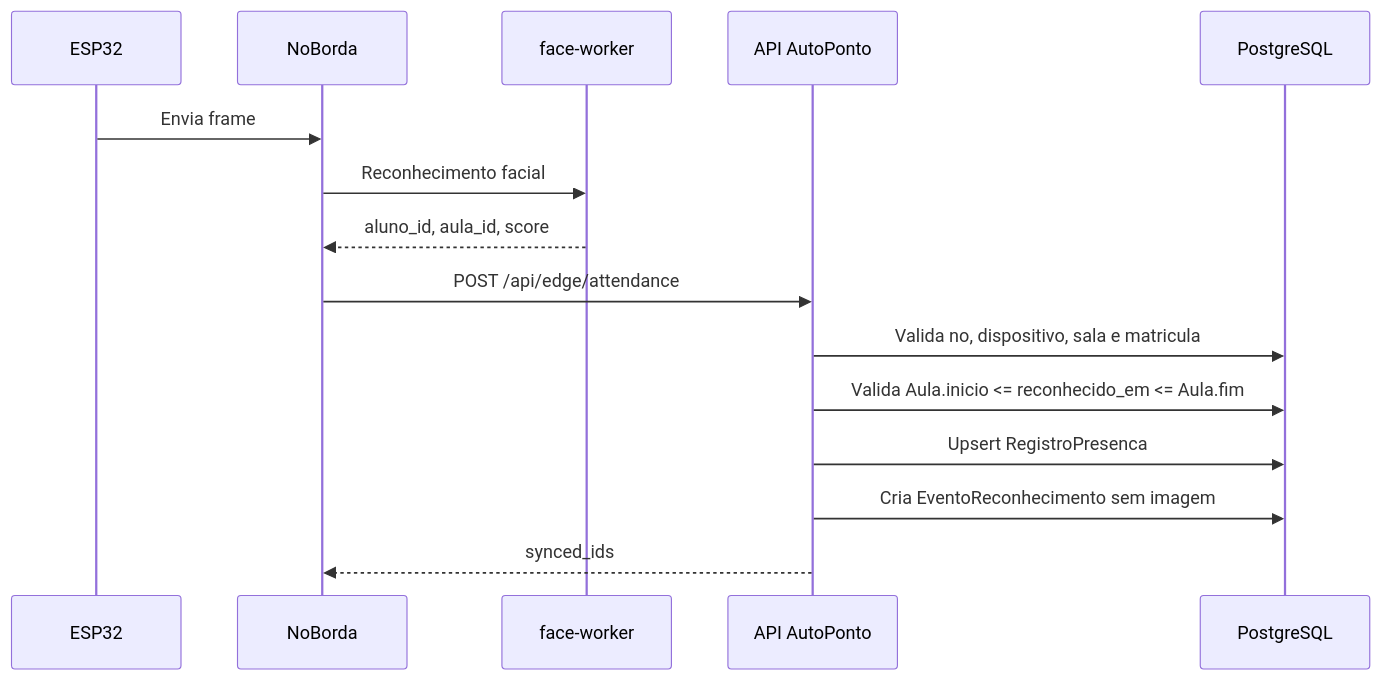
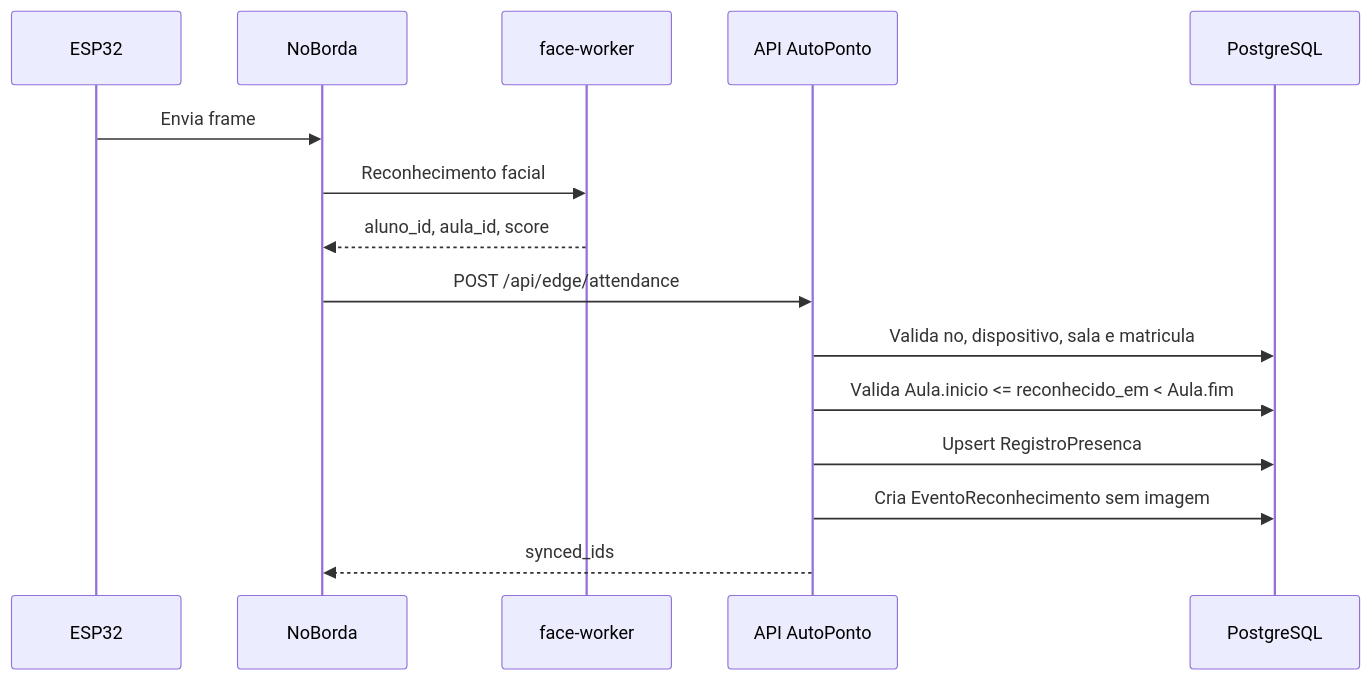
The fifth of 10 diagrams in autoponto-backend/docs/diagramas-tcc.md (DanielKGM/autoponto), drawn with Mermaid before and after one commit. The commit also changed other lines of this file and 17 other files, not shown here.

First line of the commit message:
Refactor API documentation and frontend structure; update requirements and improve user flows

````diff
--- a/autoponto-backend/docs/diagramas-tcc.md
+++ b/autoponto-backend/docs/diagramas-tcc.md
@@ -103,18 +108,18 @@
 ```mermaid
 sequenceDiagram
     participant ESP as ESP32
     participant Edge as NoBorda
     participant Face as face-worker
     participant API as API AutoPonto
     participant DB as PostgreSQL
 
     ESP->>Edge: Envia frame
     Edge->>Face: Reconhecimento facial
     Face-->>Edge: aluno_id, aula_id, score
     Edge->>API: POST /api/edge/attendance
     API->>DB: Valida no, dispositivo, sala e matricula
-    API->>DB: Valida Aula.inicio <= reconhecido_em <= Aula.fim
+    API->>DB: Valida Aula.inicio <= reconhecido_em < Aula.fim
     API->>DB: Upsert RegistroPresenca
     API->>DB: Cria EventoReconhecimento sem imagem
     API-->>Edge: synced_ids
 ```
````
